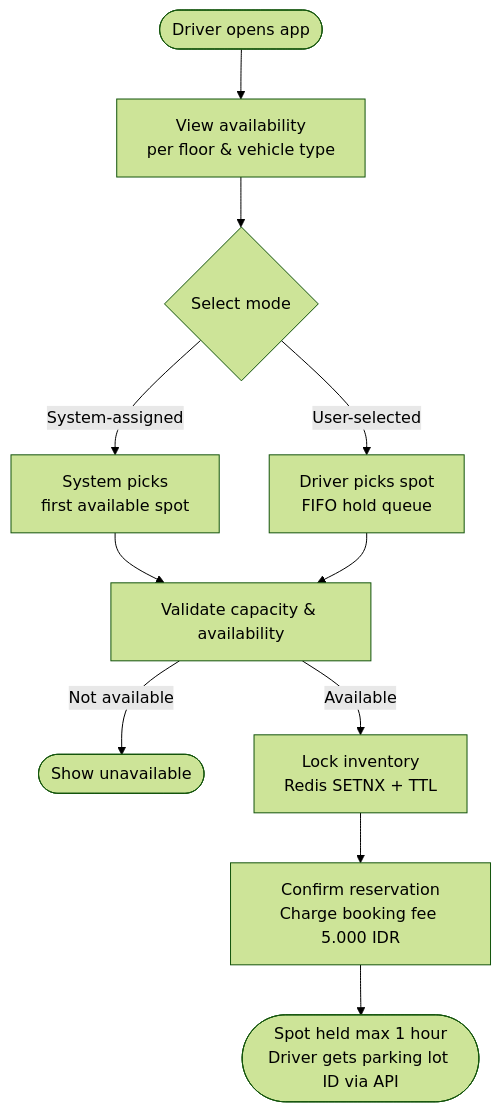
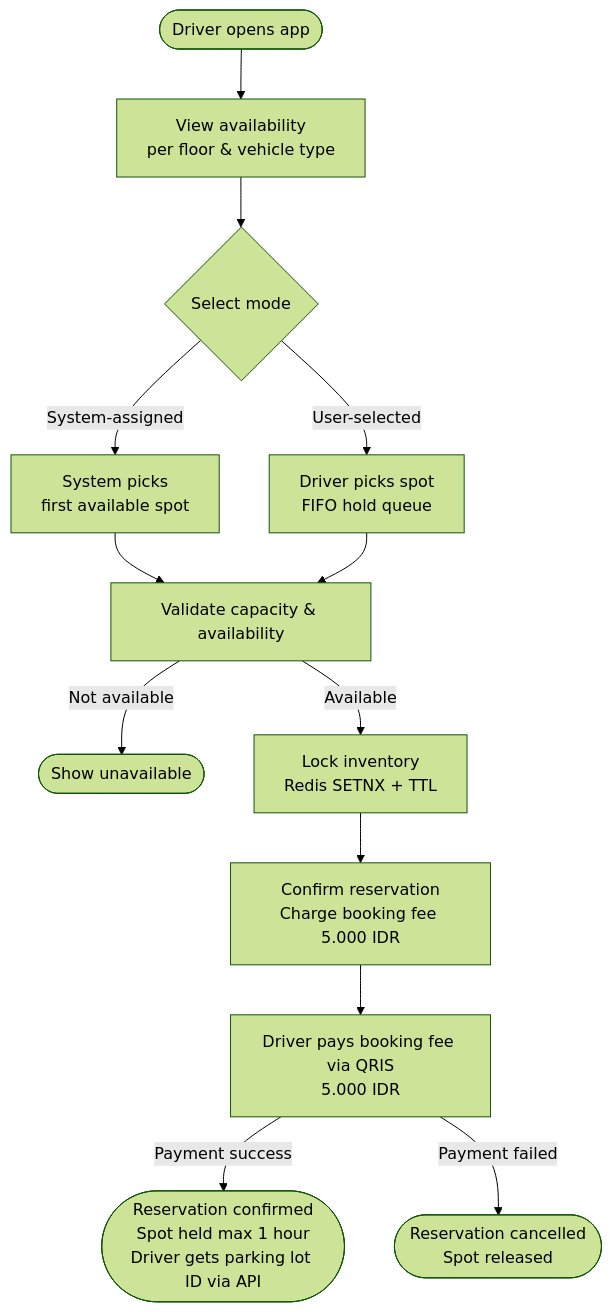
One commit to ParkirPintar/parkir-pintar-backend changed the first of 23 diagrams in README.md. Above: the diagram before and after it, drawn with Mermaid (forest theme). The commit also changed other lines of this file and 28 other files, not shown here.

````diff
--- a/README.md
+++ b/README.md
@@ -177,13 +177,15 @@
 ```mermaid
 flowchart TD
     A([Driver opens app]) --> B[View availability\nper floor & vehicle type]
     B --> C{Select mode}
     C -->|System-assigned| D[System picks\nfirst available spot]
     C -->|User-selected| E[Driver picks spot\nFIFO hold queue]
     D --> F[Validate capacity & availability]
     E --> F
     F -->|Not available| G([Show unavailable])
     F -->|Available| H[Lock inventory\nRedis SETNX + TTL]
     H --> I[Confirm reservation\nCharge booking fee 5.000 IDR]
-    I --> J([Spot held max 1 hour\nDriver gets parking lot ID via API])
+    I --> I2[Driver pays booking fee via QRIS\n5.000 IDR]
+    I2 -->|Payment success| J([Reservation confirmed\nSpot held max 1 hour\nDriver gets parking lot ID via API])
+    I2 -->|Payment failed| I3([Reservation cancelled\nSpot released])
 ```
````
